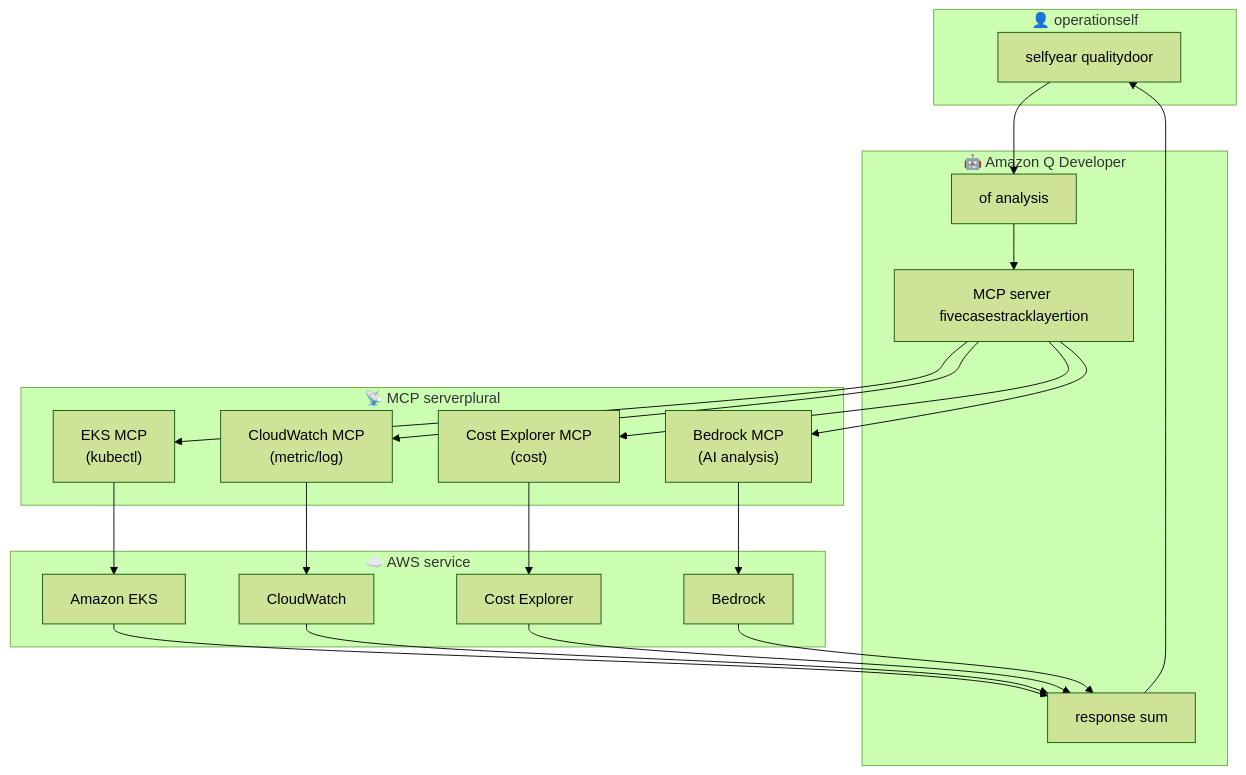
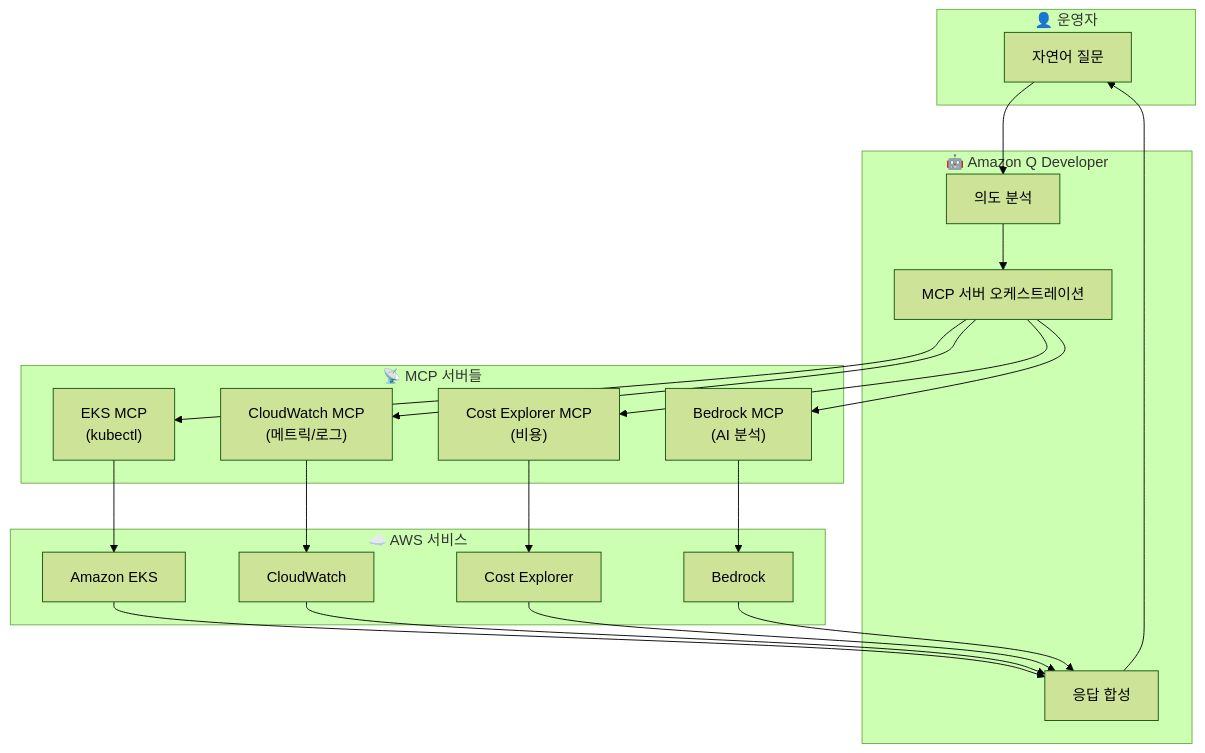
Before and after one commit to devfloor9/engineering-playbook: the seventh of 13 diagrams in i18n/en/docusaurus-plugin-content-docs/current/aidlc/agentic-ops/aiops-predictive-operations.md, drawn with Mermaid (forest theme). The commit also changed other lines of this file and 95 other files, not shown here.

````diff
--- a/i18n/en/docusaurus-plugin-content-docs/current/aidlc/agentic-ops/aiops-predictive-operations.md
+++ b/i18n/en/docusaurus-plugin-content-docs/current/aidlc/agentic-ops/aiops-predictive-operations.md
@@ -1658,39 +1667,42 @@
 ```mermaid
 graph TD
-subgraph User["👤 operationself"]
-NL["selfyear qualitydoor"]
-end
+ subgraph User["👤 운영자"]
+ NL["자연어 질문"]
+ end
 
-subgraph QDev["🤖 Amazon Q Developer"]
-INTENT["of analysis"]
-ORCHESTRATE["MCP server fivecasestracklayertion"]
-SYNTHESIZE["response sum"]
-end
+ subgraph QDev["🤖 Amazon Q Developer"]
+ INTENT["의도 분석"]
+ ORCHESTRATE["MCP 서버 오케스트레이션"]
+ SYNTHESIZE["응답 합성"]
+ end
 
-subgraph MCP["📡 MCP serverplural"]
-EKS_MCP["EKS MCP<br/>(kubectl)"]
-CW_MCP["CloudWatch MCP<br/>(metric/log)"]
-CE_MCP["Cost Explorer MCP<br/>(cost)"]
-BEDROCK_MCP["Bedrock MCP<br/>(AI analysis)"]
-end
+ subgraph MCP["📡 MCP 서버들"]
+ EKS_MCP["EKS MCP<br/>(kubectl)"]
+ CW_MCP["CloudWatch MCP<br/>(메트릭/로그)"]
+ CE_MCP["Cost Explorer MCP<br/>(비용)"]
+ BEDROCK_MCP["Bedrock MCP<br/>(AI 분석)"]
+ end
 
-subgraph AWS["☁️ AWS service"]
-EKS["Amazon EKS"]
-CW["CloudWatch"]
-CE["Cost Explorer"]
-BEDROCK["Bedrock"]
-end
+ subgraph AWS["☁️ AWS 서비스"]
+ EKS["Amazon EKS"]
+ CW["CloudWatch"]
+ CE["Cost Explorer"]
+ BEDROCK["Bedrock"]
+ end
 
-NL --> INTENT --> ORCHESTRATE --> EKS_MCP
-ORCHESTRATE --> CW_MCP
-ORCHESTRATE --> CE_MCP
-ORCHESTRATE --> BEDROCK_MCP
-EKS_MCP --> EKS
-CW_MCP --> CW
-CE_MCP --> CE
-BEDROCK_MCP --> BEDROCK
-EKS --> SYNTHESIZE
-CW --> SYNTHESIZE
-CE --> SYNTHESIZE
-BEDROCK --> SYNTHESIZE --> NL
+ NL --> INTENT
+ INTENT --> ORCHESTRATE
+ ORCHESTRATE --> EKS_MCP
+ ORCHESTRATE --> CW_MCP
+ ORCHESTRATE --> CE_MCP
+ ORCHESTRATE --> BEDROCK_MCP
+ EKS_MCP --> EKS
+ CW_MCP --> CW
+ CE_MCP --> CE
+ BEDROCK_MCP --> BEDROCK
+ EKS --> SYNTHESIZE
+ CW --> SYNTHESIZE
+ CE --> SYNTHESIZE
+ BEDROCK --> SYNTHESIZE
+ SYNTHESIZE --> NL
 ```
````
